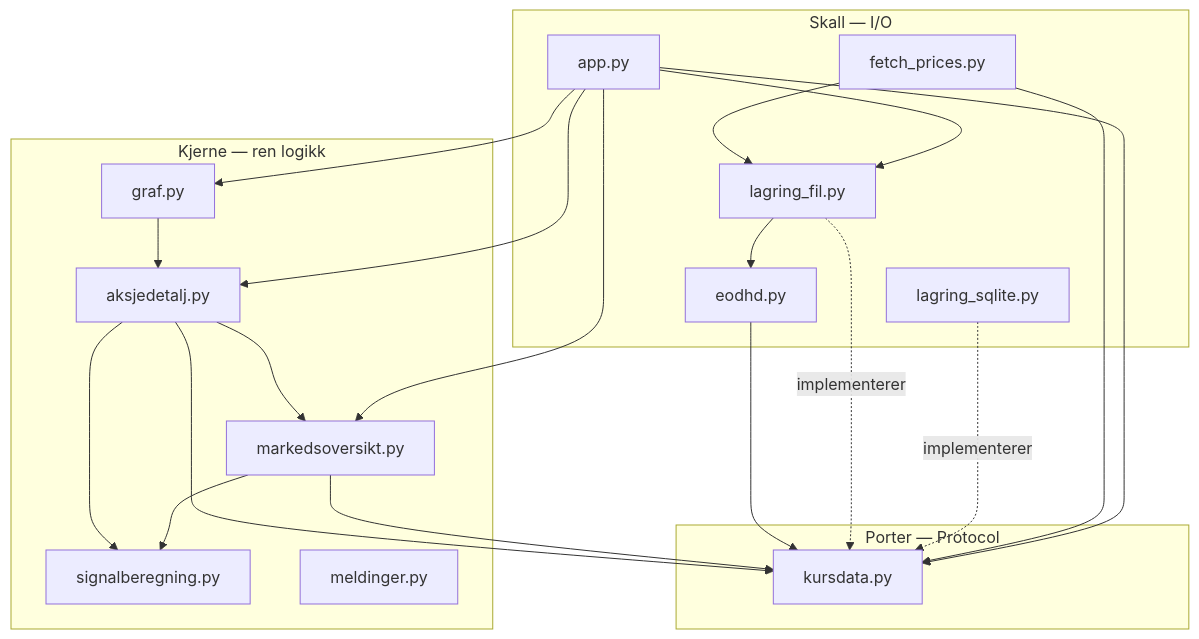
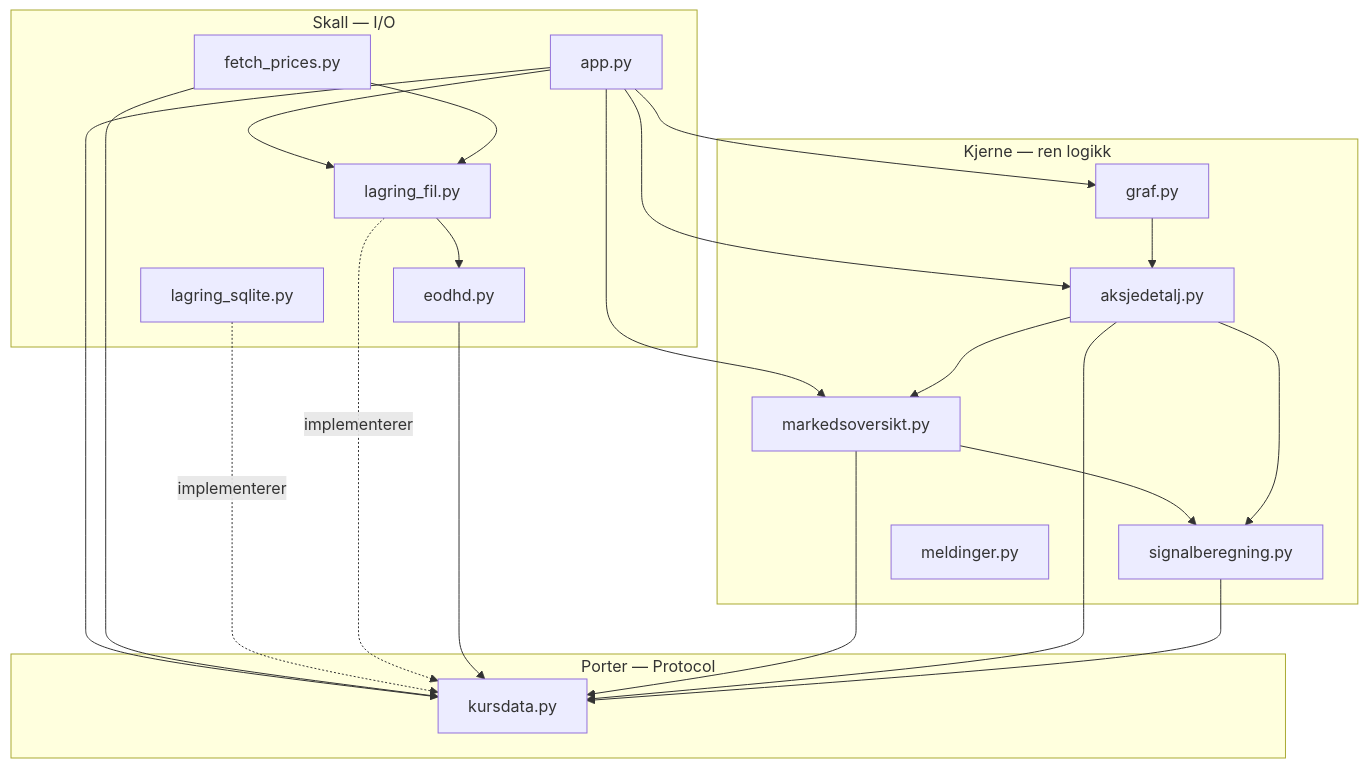
The first of 3 diagrams in _bmad-output/planning-artifacts/architecture/architecture-G74-lund-osen-2026-09-22/ARCHITECTURE-SPINE.md (IBE160-2026/G74-lund-osen), drawn with Mermaid before and after one commit. The commit also changed other lines of this file and 1 other file, not shown here.

First line of the commit message:
Spinen: signalberegning.py importerer kursdata (c5efd05), og kanten i grafen

````diff
--- a/_bmad-output/planning-artifacts/architecture/architecture-G74-lund-osen-2026-09-22/ARCHITECTURE-SPINE.md
+++ b/_bmad-output/planning-artifacts/architecture/architecture-G74-lund-osen-2026-09-22/ARCHITECTURE-SPINE.md
@@ -63,38 +63,39 @@
 ```mermaid
 graph TD
     subgraph skall["Skall — I/O"]
         app["app.py"]
         fetch["fetch_prices.py"]
         sqlite["lagring_sqlite.py"]
         fil["lagring_fil.py"]
         eodhd["eodhd.py"]
     end
     subgraph porter["Porter — Protocol"]
         kursdata["kursdata.py"]
     end
     subgraph kjerne["Kjerne — ren logikk"]
         marked["markedsoversikt.py"]
         detalj["aksjedetalj.py"]
         graf["graf.py"]
         signal["signalberegning.py"]
         meld["meldinger.py"]
     end
 
     app --> marked
     app --> detalj
     app --> graf
     app --> kursdata
     app --> fil
     fetch --> kursdata
     fetch --> fil
     sqlite -. implementerer .-> kursdata
     fil -. implementerer .-> kursdata
     fil --> eodhd
     eodhd --> kursdata
     marked --> signal
     marked --> kursdata
     detalj --> signal
     detalj --> marked
     detalj --> kursdata
     graf --> detalj
+    signal --> kursdata
 ```
````
